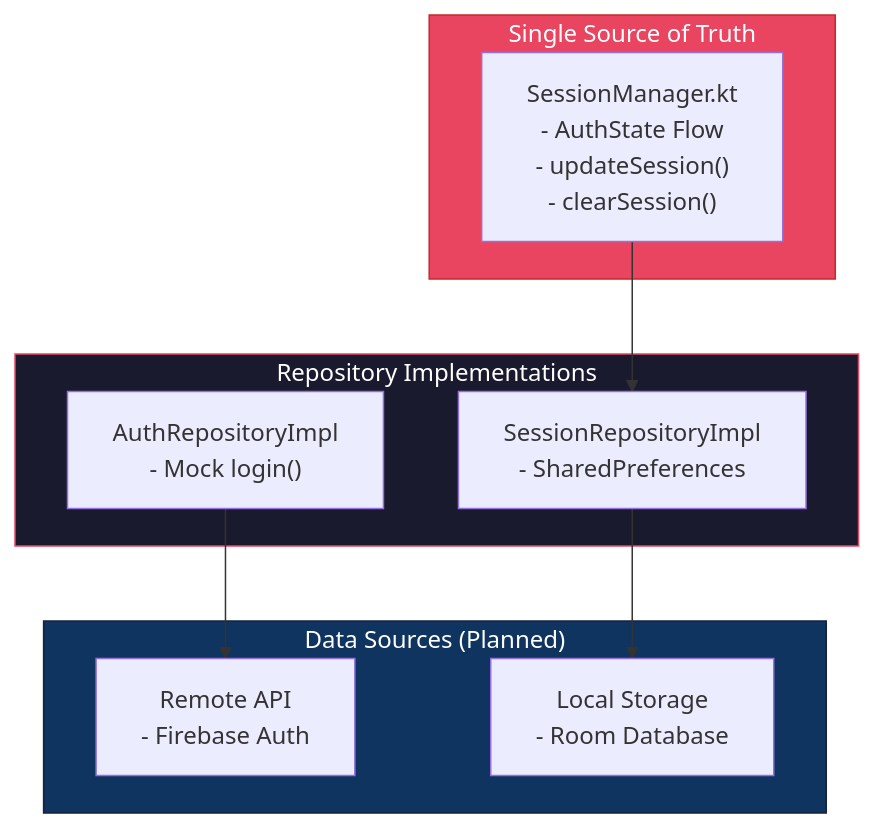
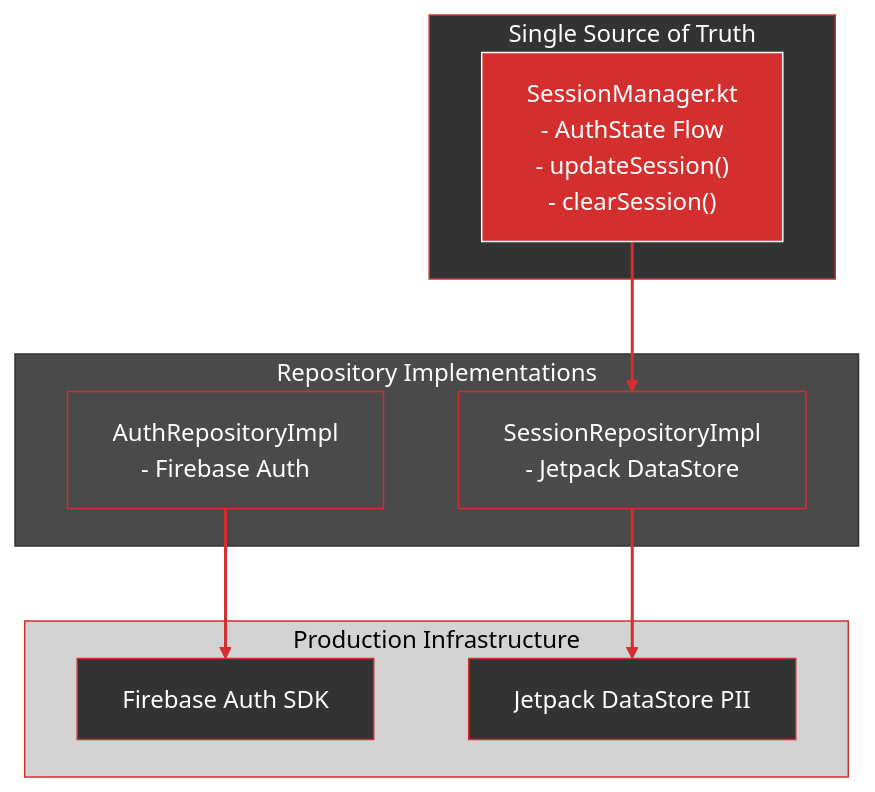
Before and after one commit to Rho-Studio/UI-Utils-Rho-Studio: the seventh of 13 diagrams in README.md, drawn with Mermaid. The commit also changed other lines of this file and 2 other files, not shown here.

````diff
--- a/README.md
+++ b/README.md
@@ -170,24 +392,34 @@
 ```mermaid
 flowchart TB
     subgraph SSOT["Single Source of Truth"]
         SM["SessionManager.kt<br/>- AuthState Flow<br/>- updateSession()<br/>- clearSession()"]
     end
     
     subgraph Repos["Repository Implementations"]
-        ARI["AuthRepositoryImpl<br/>- Mock login()"]
-        SRI["SessionRepositoryImpl<br/>- SharedPreferences"]
+        ARI["AuthRepositoryImpl<br/>- Firebase Auth"]
+        SRI["SessionRepositoryImpl<br/>- Jetpack DataStore"]
     end
     
-    subgraph Sources["Data Sources (Planned)"]
-        Remote["Remote API<br/>- Firebase Auth"]
-        Local["Local Storage<br/>- Room Database"]
+    subgraph Sources["Production Infrastructure"]
+        Remote["Firebase Auth SDK"]
+        Local["Jetpack DataStore PII"]
     end
     
     SM --> SRI
     ARI --> Remote
     SRI --> Local
-    
-    style SSOT fill:#e94560,stroke:#c62828,color:#ffffff
-    style Repos fill:#1a1a2e,stroke:#e94560,color:#ffffff
-    style Sources fill:#0f3460,stroke:#16213e,color:#ffffff
+
+    linkStyle default stroke:#D32F2F,stroke-width:2px
+
+    classDef ssotNode fill:#D32F2F,stroke:#FFFFFF,color:#FFFFFF
+    classDef repoNode fill:#4A4A4A,stroke:#D32F2F,color:#FFFFFF
+    classDef sourceNode fill:#333333,stroke:#D32F2F,color:#FFFFFF
+
+    class SM ssotNode
+    class ARI,SRI repoNode
+    class Remote,Local sourceNode
+
+    style SSOT fill:#333333,stroke:#D32F2F,color:#FFFFFF
+    style Repos fill:#4A4A4A,stroke:#333333,color:#FFFFFF
+    style Sources fill:#D3D3D3,stroke:#D32F2F,color:#000000
 ```
````
